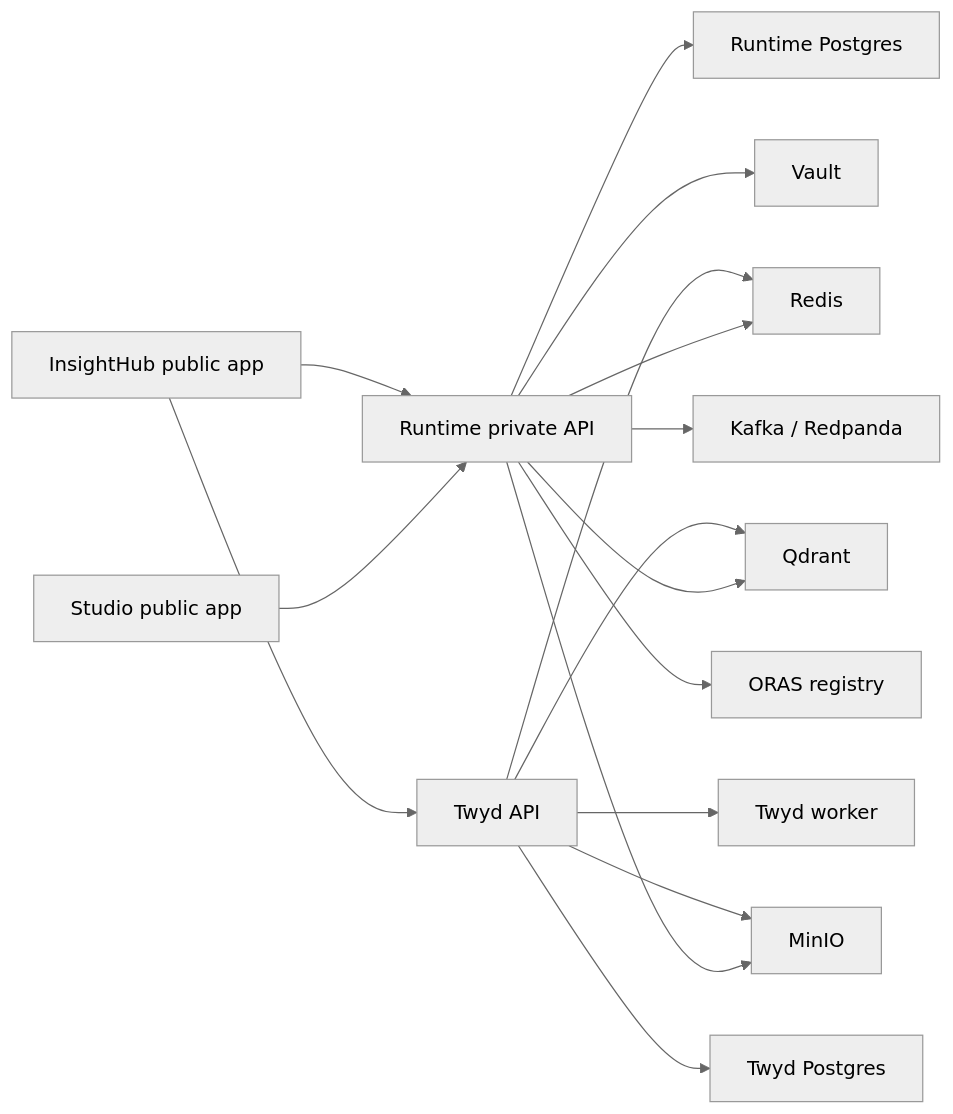
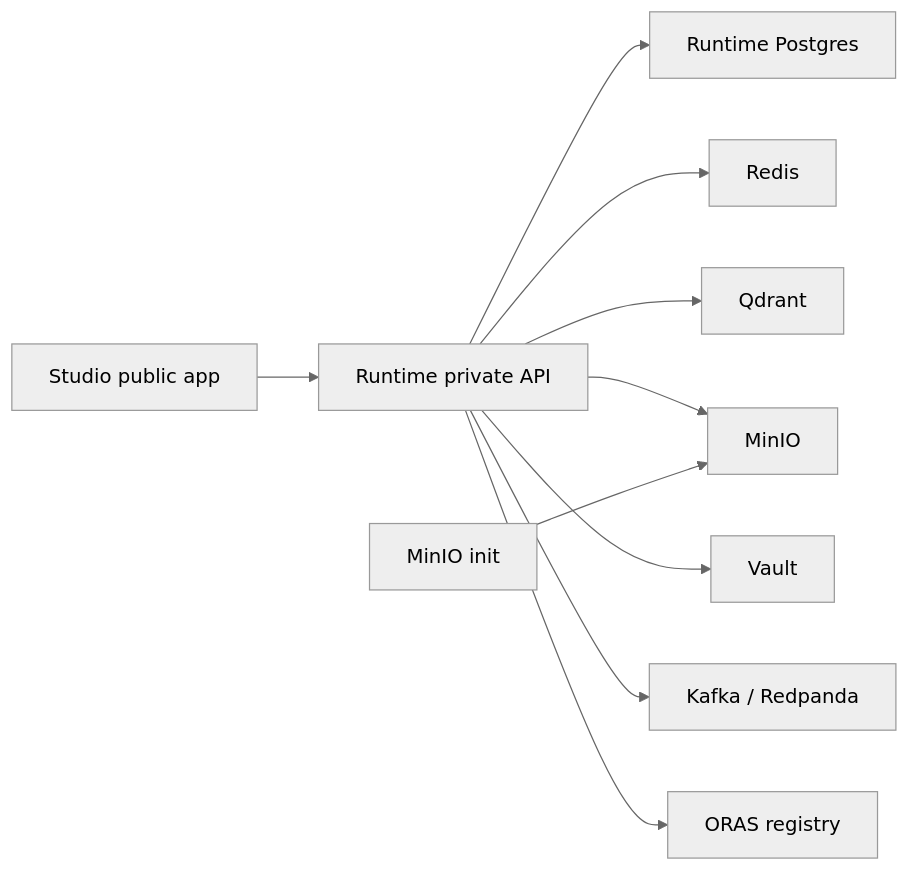
Before and after one commit to Alquimia-ai/docs: the diagram in getting-started/railway.mdx, drawn with Mermaid (neutral theme). The commit also changed other lines of this file, not shown here.

````diff
--- a/getting-started/railway.mdx
+++ b/getting-started/railway.mdx
@@ -14,18 +16,12 @@
 ```mermaid
 flowchart LR
   Studio["Studio public app"] --> Runtime["Runtime private API"]
-  InsightHub["InsightHub public app"] --> Runtime
-  InsightHub --> TwydAPI["Twyd API"]
-  TwydAPI --> TwydWorker["Twyd worker"]
   Runtime --> RuntimeDB["Runtime Postgres"]
-  TwydAPI --> TwydDB["Twyd Postgres"]
   Runtime --> Redis["Redis"]
-  TwydAPI --> Redis
   Runtime --> Qdrant["Qdrant"]
-  TwydAPI --> Qdrant
   Runtime --> MinIO["MinIO"]
-  TwydAPI --> MinIO
+  MinIOInit["MinIO init"] --> MinIO
   Runtime --> Vault["Vault"]
   Runtime --> Kafka["Kafka / Redpanda"]
   Runtime --> ORAS["ORAS registry"]
 ```
````
